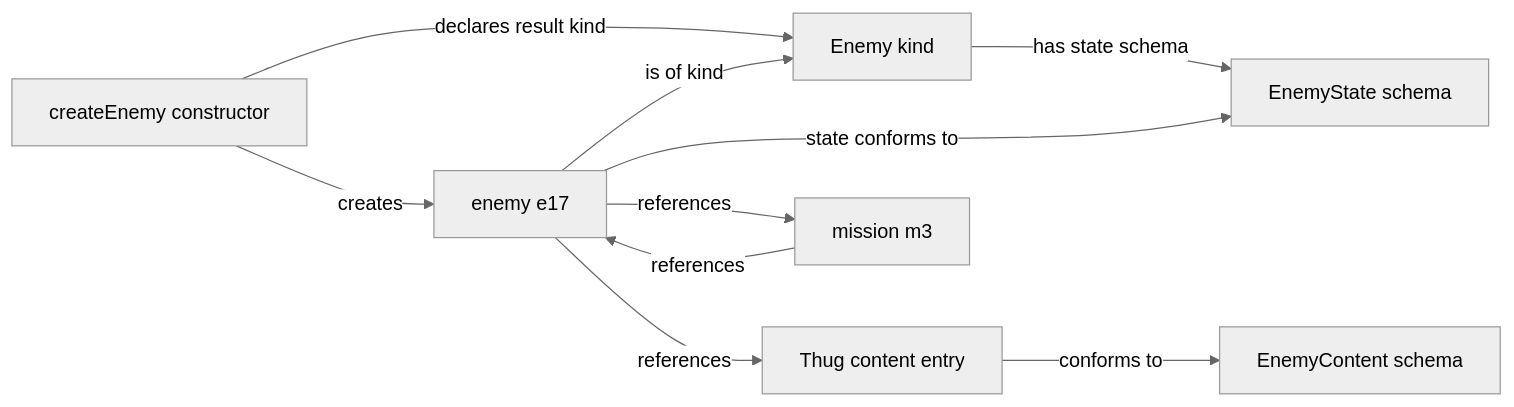
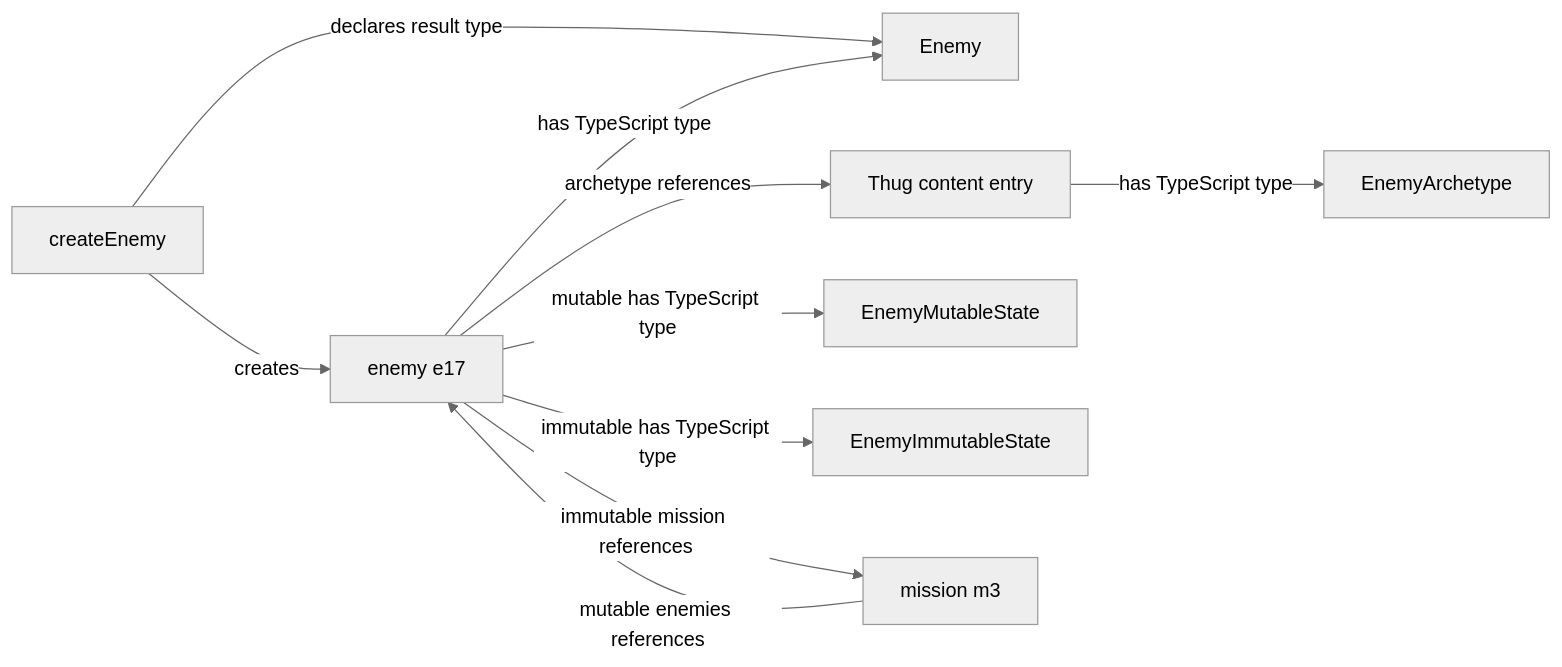
Before and after one commit to konrad-jamrozik/game-v5: the diagram in docs/specs/foundation/modeling-foundations.md, drawn with Mermaid (neutral theme). The commit also changed other lines of this file and 14 other files, not shown here.

Commit message:
Clarify TypeScript modeling terminology in derived docs

````diff
--- a/docs/specs/foundation/modeling-foundations.md
+++ b/docs/specs/foundation/modeling-foundations.md
@@ -208,20 +263,12 @@
 ```mermaid
 flowchart LR
-    EnemyContent[EnemyContent schema]
-    Thug[Thug content entry]
-    EnemyState[EnemyState schema]
-    EnemyKind[Enemy kind]
-    Constructor[createEnemy constructor]
-    M3[mission m3]
-    E17[enemy e17]
-
-    Thug -->|conforms to| EnemyContent
-    EnemyKind -->|has state schema| EnemyState
-    Constructor -->|declares result kind| EnemyKind
-    E17 -->|state conforms to| EnemyState
-    Constructor -->|creates| E17
-    E17 -->|is of kind| EnemyKind
-    E17 -->|references| Thug
-    E17 -->|references| M3
-    M3 -->|references| E17
+    Constructor[createEnemy] -->|declares result type| Enemy[Enemy]
+    Constructor -->|creates| E17[enemy e17]
+    E17 -->|has TypeScript type| Enemy
+    E17 -->|archetype references| Thug[Thug content entry]
+    Thug -->|has TypeScript type| Archetype[EnemyArchetype]
+    E17 -->|mutable has TypeScript type| Mutable[EnemyMutableState]
+    E17 -->|immutable has TypeScript type| Immutable[EnemyImmutableState]
+    E17 -->|immutable mission references| M3[mission m3]
+    M3 -->|mutable enemies references| E17
 ```
````
